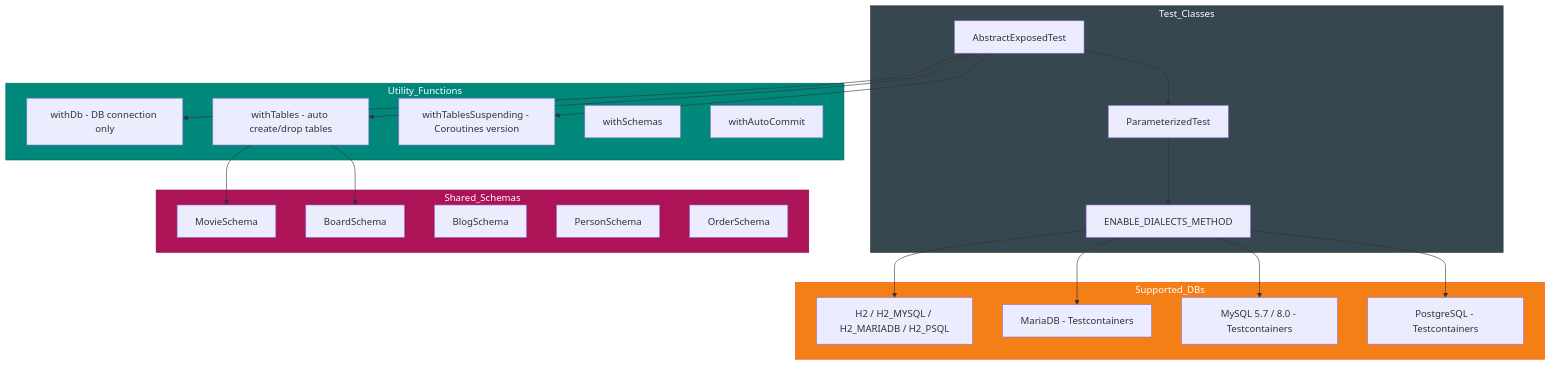
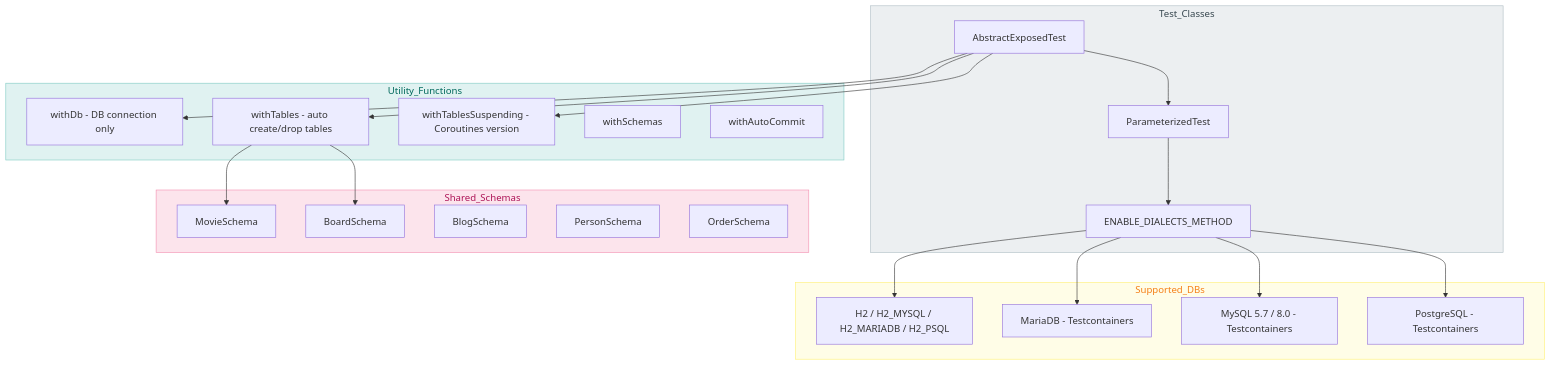
Before and after one commit to bluetape4k/bluetape4k-projects: the first of 2 diagrams in data/exposed-jdbc-tests/README.md, drawn with Mermaid. The commit also changed other lines of this file and 219 other files, not shown here.

First line of the commit message:
docs: 전체 README Mermaid 다이어그램 가이드 적용

````diff
--- a/data/exposed-jdbc-tests/README.md
+++ b/data/exposed-jdbc-tests/README.md
@@ -289,52 +289,52 @@
 ```mermaid
 flowchart TD
     subgraph Test_Classes
         A[AbstractExposedTest] --> B[ParameterizedTest]
         B --> C[ENABLE_DIALECTS_METHOD]
     end
 
     subgraph Supported_DBs
         D[H2 / H2_MYSQL / H2_MARIADB / H2_PSQL]
         E[MariaDB - Testcontainers]
         F[MySQL 5.7 / 8.0 - Testcontainers]
         G[PostgreSQL - Testcontainers]
     end
 
     subgraph Utility_Functions
         H[withDb - DB connection only]
         I[withTables - auto create/drop tables]
         J[withTablesSuspending - Coroutines version]
         K[withSchemas]
         L[withAutoCommit]
     end
 
     C --> D
     C --> E
     C --> F
     C --> G
 
     A --> H
     A --> I
     A --> J
 
     subgraph Shared_Schemas
         M[MovieSchema]
         N[BoardSchema]
         O[BlogSchema]
         P[PersonSchema]
         Q[OrderSchema]
     end
 
     I --> M
     I --> N
 
-    classDef testStyle fill:#37474F,stroke:#263238,color:#FFFFFF
-    classDef dbStyle fill:#F57F17,stroke:#E65100,color:#FFFFFF
-    classDef utilStyle fill:#00897B,stroke:#00695C,color:#FFFFFF
-    classDef schemaStyle fill:#AD1457,stroke:#880E4F,color:#FFFFFF
+    classDef testStyle fill:#ECEFF1,stroke:#B0BEC5,color:#37474F
+    classDef dbStyle fill:#FFFDE7,stroke:#FFF176,color:#F57F17
+    classDef utilStyle fill:#E0F2F1,stroke:#80CBC4,color:#00695C
+    classDef schemaStyle fill:#FCE4EC,stroke:#F48FB1,color:#AD1457
 
     class Test_Classes testStyle
     class Supported_DBs dbStyle
     class Utility_Functions utilStyle
     class Shared_Schemas schemaStyle
 ```
````
